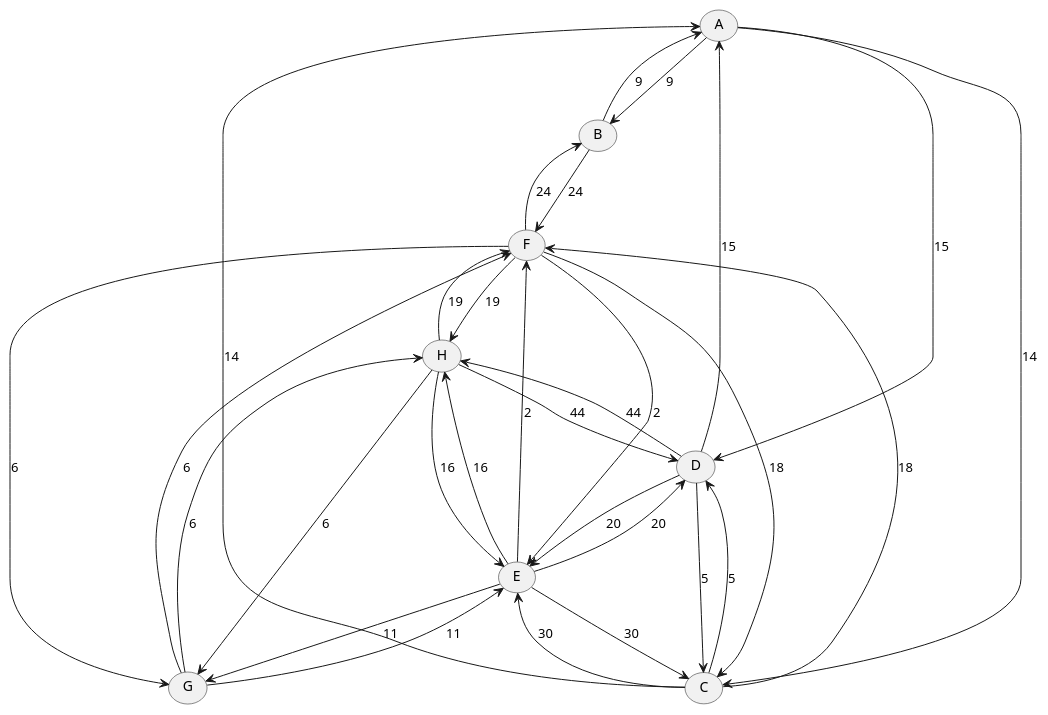
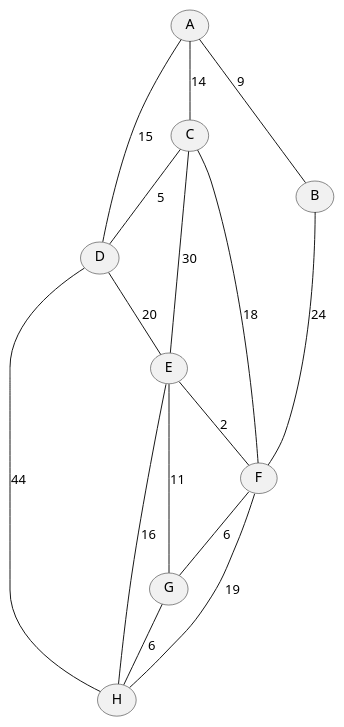
One commit to John-Zoscak-02/Dijkstras changed the diagram in src/Maps/map3.puml. Above: the diagram before and after it, drawn with PlantUML. The commit also changed 5 other files, not shown here.

```diff
--- a/src/Maps/map3.puml
+++ b/src/Maps/map3.puml
@@ -1,48 +1,25 @@
 @startuml
 	(A)
 	(B)
 	(C)
 	(D)
 	(E)
 	(F)
 	(G)
 	(H)
-	A --> B : 9
-	A --> C : 14
-	A --> D : 15
-
-	B --> A : 9
-	B --> F : 24
-
-	C --> A : 14
-	C --> D : 5
-	C --> E : 30
-	C --> F : 18
-
-	D --> A : 15
-	D --> C : 5
-	D --> E : 20
-	D --> H : 44
-
-	E --> C : 30
-	E --> D : 20
-	E --> F : 2
-	E --> G : 11
-	E --> H : 16
-
-	F --> B : 24
-	F --> C : 18
-	F --> E : 2
-	F --> G : 6
-	F --> H : 19
-
-	G --> E : 11
-	G --> F : 6
-	G --> H : 6
-
-	H --> D : 44
-	H --> E : 16
-	H --> F : 19
-	H --> G : 6
-
+	E -- F : 2
+	C -- D : 5
+	F -- G : 6
+	G -- H : 6
+	A -- B : 9
+	E -- G : 11
+	A -- C : 14
+	A -- D : 15
+	E -- H : 16
+	C -- F : 18
+	F -- H : 19
+	D -- E : 20
+	B -- F : 24
+	C -- E : 30
+	D -- H : 44
 @enduml
```
